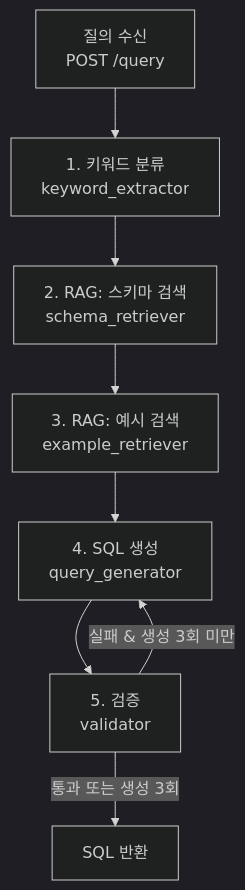
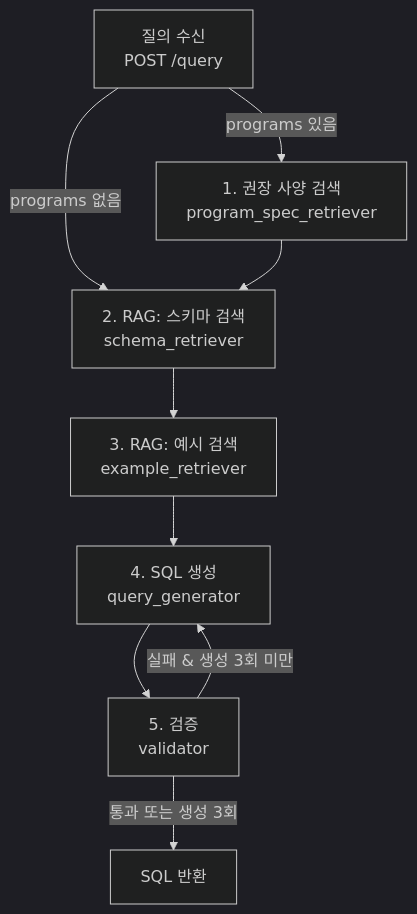
One commit to xtkww971/data-base-design- changed the diagram in docs/nl2sql-flow.md. Above: the diagram before and after it, drawn with Mermaid (dark theme). The commit also changed other lines of this file, not shown here.

Commit message:
#11/feat(nl2sql-flow.md): 권장사양 검색 노드 추가한 흐름 문서 수정

````diff
--- a/docs/nl2sql-flow.md
+++ b/docs/nl2sql-flow.md
@@ -7,10 +7,11 @@
 ```mermaid
 flowchart TD
-    Q["질의 수신<br/>POST /query"] --> K["1. 키워드 분류<br/>keyword_extractor"]
-    K --> S["2. RAG: 스키마 검색<br/>schema_retriever"]
+    Q["질의 수신<br/>POST /query"] -- "programs 있음" --> P["1. 권장 사양 검색<br/>program_spec_retriever"]
+    Q -- "programs 없음" --> S["2. RAG: 스키마 검색<br/>schema_retriever"]
+    P --> S
     S --> E["3. RAG: 예시 검색<br/>example_retriever"]
     E --> G["4. SQL 생성<br/>query_generator"]
     G --> V["5. 검증<br/>validator"]
     V -- "실패 & 생성 3회 미만" --> G
     V -- "통과 또는 생성 3회" --> R["SQL 반환"]
 ```
````
